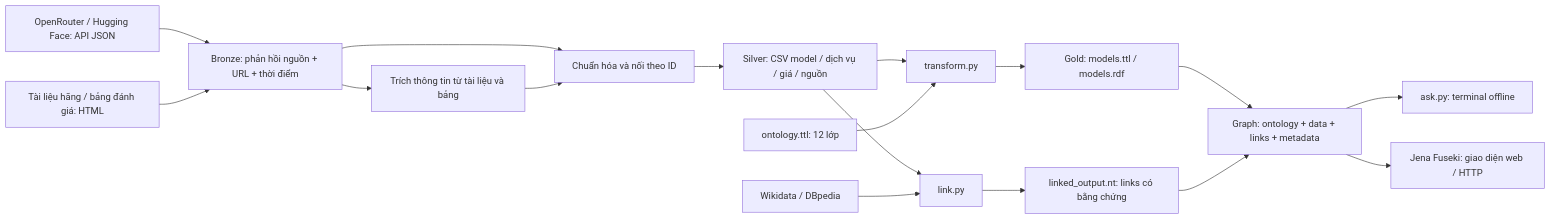
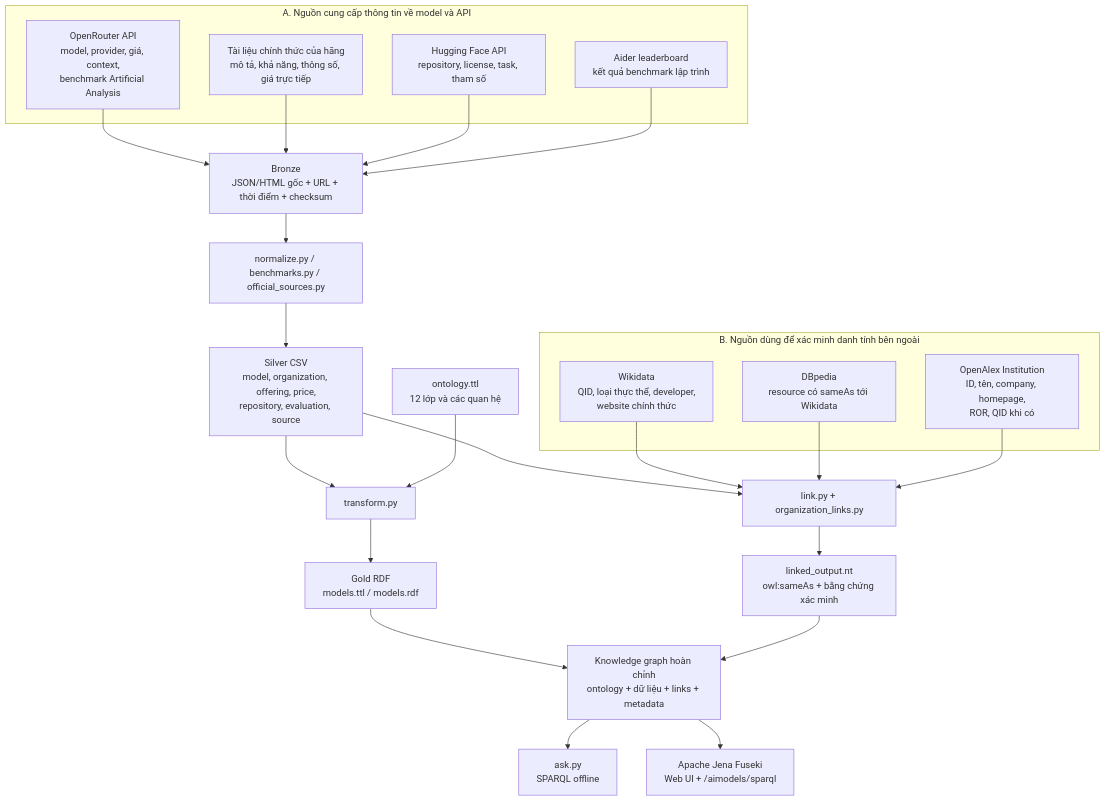
One commit to BroDSMaster/semantic-web-ai-models changed the first of 2 diagrams in README.md. Above: the diagram before and after it, drawn with Mermaid. The commit also changed other lines of this file and 23 other files, not shown here.

Commit message:
delete model same as

````diff
--- a/README.md
+++ b/README.md
@@ -13,16 +13,36 @@
 ```mermaid
-flowchart LR
-  API["OpenRouter / Hugging Face: API JSON"] --> B["Bronze: phản hồi nguồn + URL + thời điểm"]
-  WEB["Tài liệu hãng / bảng đánh giá: HTML"] --> B
-  B --> E["Trích thông tin từ tài liệu và bảng"]
-  B --> N["Chuẩn hóa và nối theo ID"]
-  E --> N --> S["Silver: CSV model / dịch vụ / giá / nguồn"]
-  S --> T["transform.py"] --> G["Gold: models.ttl / models.rdf"]
-  O["ontology.ttl: 12 lớp"] --> T
-  S --> L["link.py"]
-  WD["Wikidata / DBpedia"] --> L --> LINKS["linked_output.nt: links có bằng chứng"]
-  G --> Q["Graph: ontology + data + links + metadata"]
-  LINKS --> Q
-  Q --> CLI["ask.py: terminal offline"]
-  Q --> F["Jena Fuseki: giao diện web / HTTP"]
+flowchart TB
+  subgraph FACT["A. Nguồn cung cấp thông tin về model và API"]
+    OR["OpenRouter API<br/>model, provider, giá, context,<br/>benchmark Artificial Analysis"]
+    OFF["Tài liệu chính thức của hãng<br/>mô tả, khả năng, thông số, giá trực tiếp"]
+    HF["Hugging Face API<br/>repository, license, task, tham số"]
+    AIDER["Aider leaderboard<br/>kết quả benchmark lập trình"]
+  end
+
+  OR --> BRONZE["Bronze<br/>JSON/HTML gốc + URL + thời điểm + checksum"]
+  OFF --> BRONZE
+  HF --> BRONZE
+  AIDER --> BRONZE
+  BRONZE --> NORMALIZE["normalize.py / benchmarks.py / official_sources.py"]
+  NORMALIZE --> SILVER["Silver CSV<br/>model, organization, offering, price,<br/>repository, evaluation, source"]
+  SILVER --> TRANSFORM["transform.py"]
+  ONTOLOGY["ontology.ttl<br/>12 lớp và các quan hệ"] --> TRANSFORM
+  TRANSFORM --> GOLD["Gold RDF<br/>models.ttl / models.rdf"]
+
+  subgraph IDENTITY["B. Nguồn dùng để xác minh danh tính bên ngoài"]
+    WD["Wikidata<br/>QID, loại thực thể, developer,<br/>website chính thức"]
+    DBP["DBpedia<br/>resource có sameAs tới Wikidata"]
+    OA["OpenAlex Institution<br/>ID, tên, company, homepage,<br/>ROR, QID khi có"]
+  end
+
+  SILVER --> LINK["link.py + organization_links.py"]
+  WD --> LINK
+  DBP --> LINK
+  OA --> LINK
+  LINK --> LINKS["linked_output.nt<br/>owl:sameAs + bằng chứng xác minh"]
+
+  GOLD --> GRAPH["Knowledge graph hoàn chỉnh<br/>ontology + dữ liệu + links + metadata"]
+  LINKS --> GRAPH
+  GRAPH --> CLI["ask.py<br/>SPARQL offline"]
+  GRAPH --> FUSEKI["Apache Jena Fuseki<br/>Web UI + /aimodels/sparql"]
 ```
````
